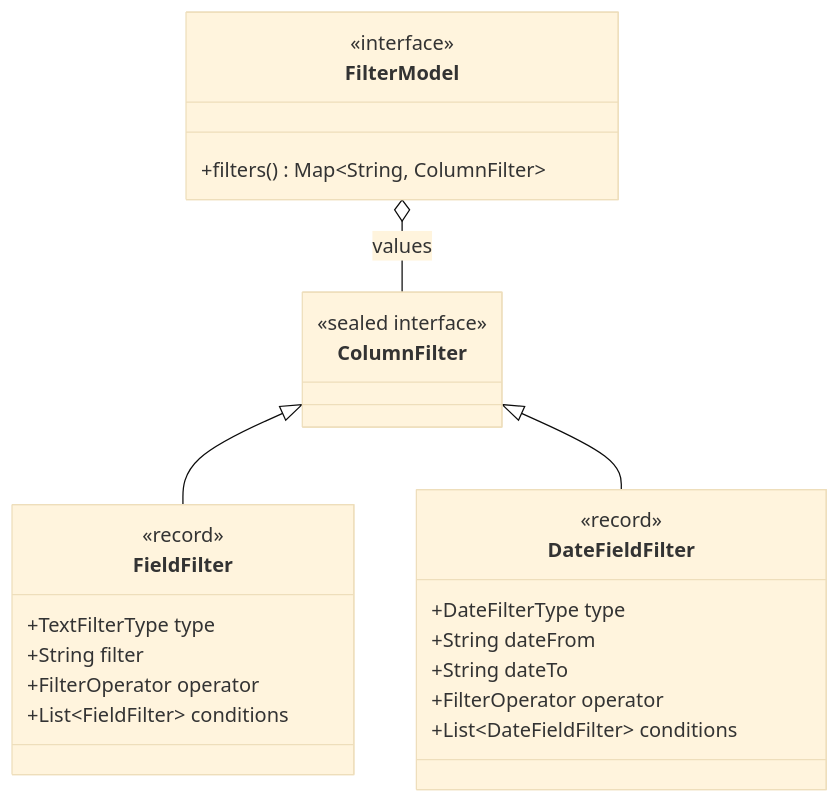
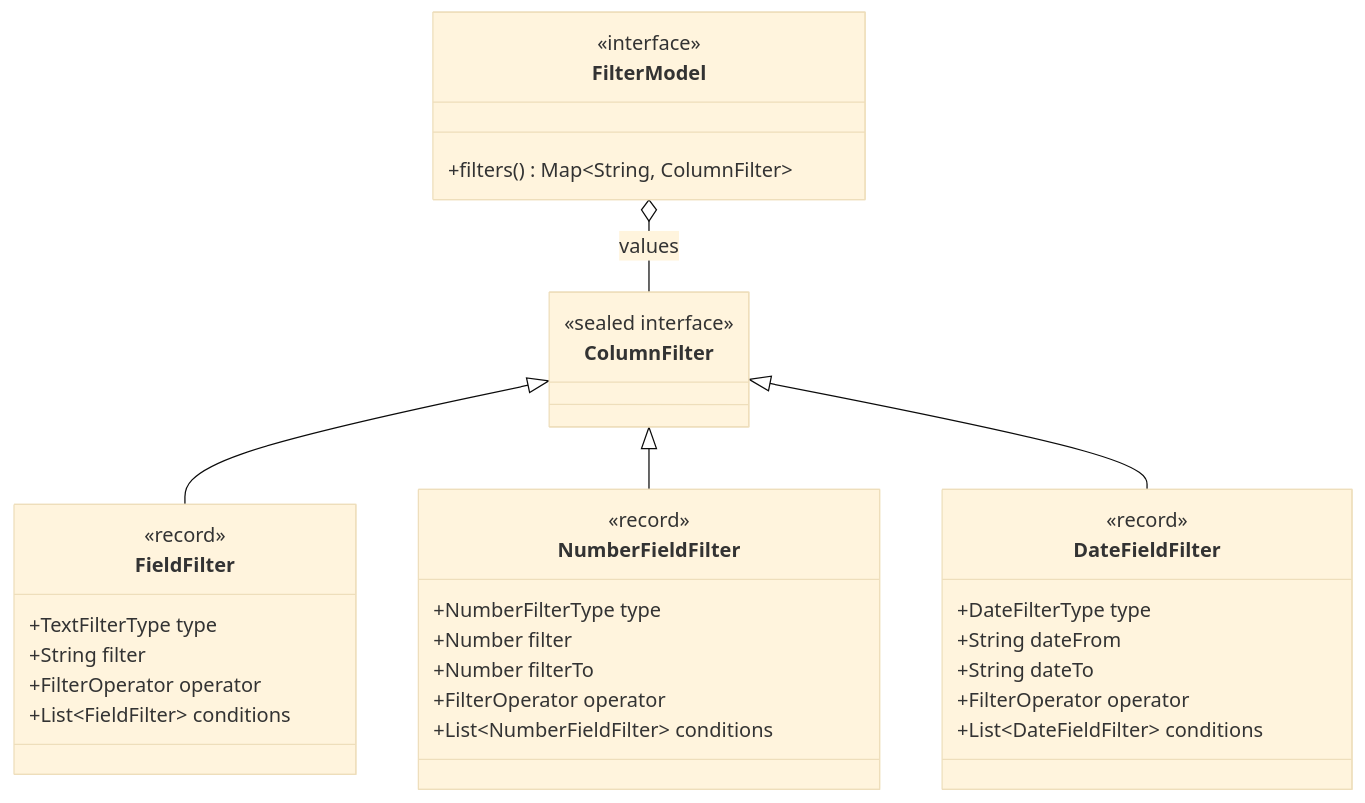
One commit to codedogapp/gridlink changed the second of 2 diagrams in docs/architecture.md. Above: the diagram before and after it, drawn with Mermaid (base theme). The commit also changed other lines of this file and 16 other files, not shown here.

Commit message:
Number filter

````diff
--- a/docs/architecture.md
+++ b/docs/architecture.md
@@ -45,29 +45,38 @@
 ```mermaid
 classDiagram
     class FilterModel {
         <<interface>>
         +filters() Map~String, ColumnFilter~
     }
     class ColumnFilter {
         <<sealed interface>>
     }
     class FieldFilter {
         <<record>>
         +TextFilterType type
         +String filter
         +FilterOperator operator
         +List~FieldFilter~ conditions
     }
+    class NumberFieldFilter {
+        <<record>>
+        +NumberFilterType type
+        +Number filter
+        +Number filterTo
+        +FilterOperator operator
+        +List~NumberFieldFilter~ conditions
+    }
     class DateFieldFilter {
         <<record>>
         +DateFilterType type
         +String dateFrom
         +String dateTo
         +FilterOperator operator
         +List~DateFieldFilter~ conditions
     }
 
     FilterModel o-- ColumnFilter : values
     ColumnFilter <|-- FieldFilter
+    ColumnFilter <|-- NumberFieldFilter
     ColumnFilter <|-- DateFieldFilter
 ```
````
